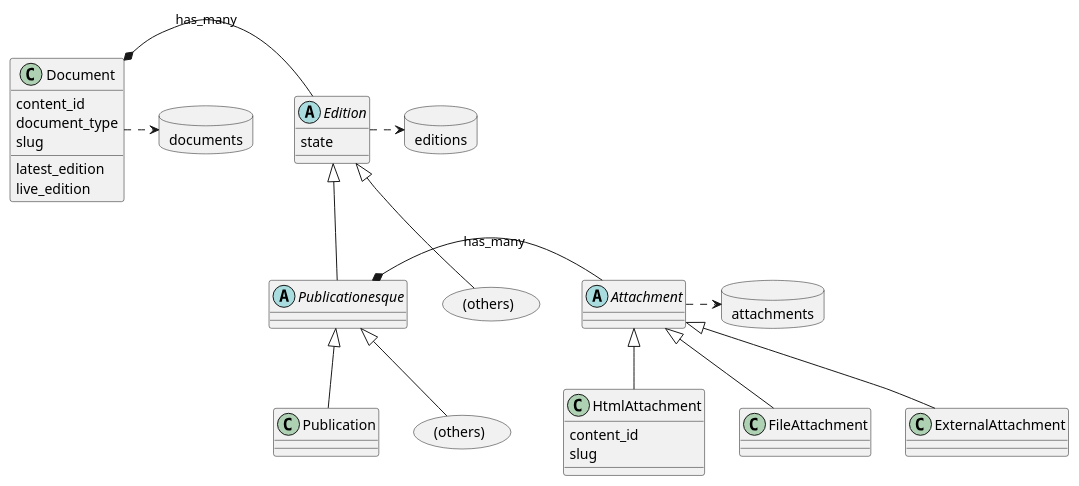
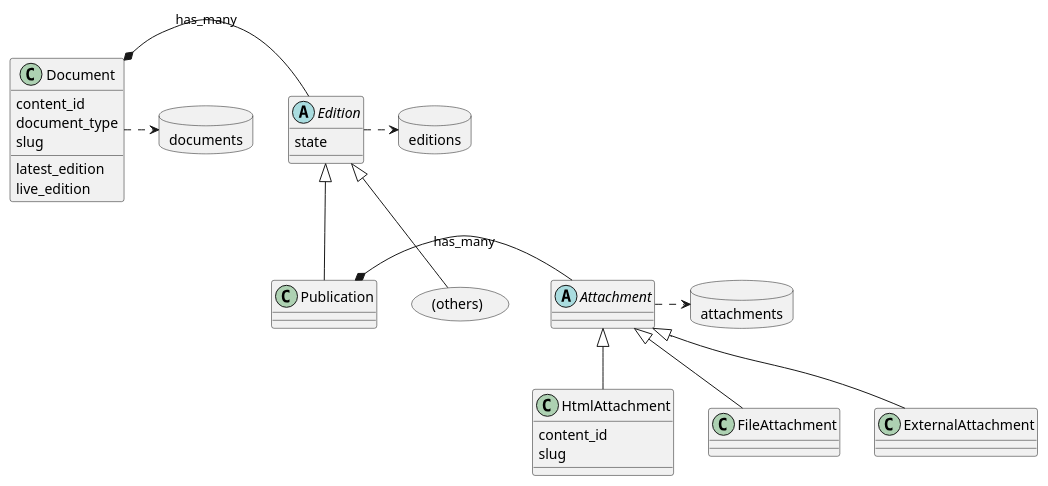
One commit to alphagov/whitehall changed the diagram in docs/diagrams/edition_model.puml. Above: the diagram before and after it, drawn with PlantUML. The commit also changed 7 other files, not shown here.

```diff
--- a/docs/diagrams/edition_model.puml
+++ b/docs/diagrams/edition_model.puml
@@ -1,50 +1,46 @@
 @startuml edition_model
 allowmixing
 hide empty description
 
 class Document
 database documents
 Document .> documents
 
 together {
     abstract Edition {
         state
     }
     database editions
     Edition .> editions
     rectangle "(others)" as othereds
     Edition <|-- othereds
-    Edition <|-- Publicationesque
-    abstract Publicationesque
-    Publicationesque <|-- Publication
-    rectangle "(others)" as otherpubs
-    Publicationesque <|-- otherpubs
+    Edition <|-- Publication
 }
 
 together {
     abstract Attachment 
     class HtmlAttachment {
       content_id
       slug
     }
     database attachments
     Attachment .> attachments
     Attachment <|-- HtmlAttachment
     Attachment <|-- FileAttachment
     Attachment <|-- ExternalAttachment
 }
 
 Document *-r- Edition : "has_many"
 
-Publicationesque *-r- Attachment: "has_many"
+Publication *-r- Attachment: "has_many"
 
 
 class Document {
     content_id
     document_type
     slug
     {method} latest_edition
     {method} live_edition
 }
 
 @enduml
```
